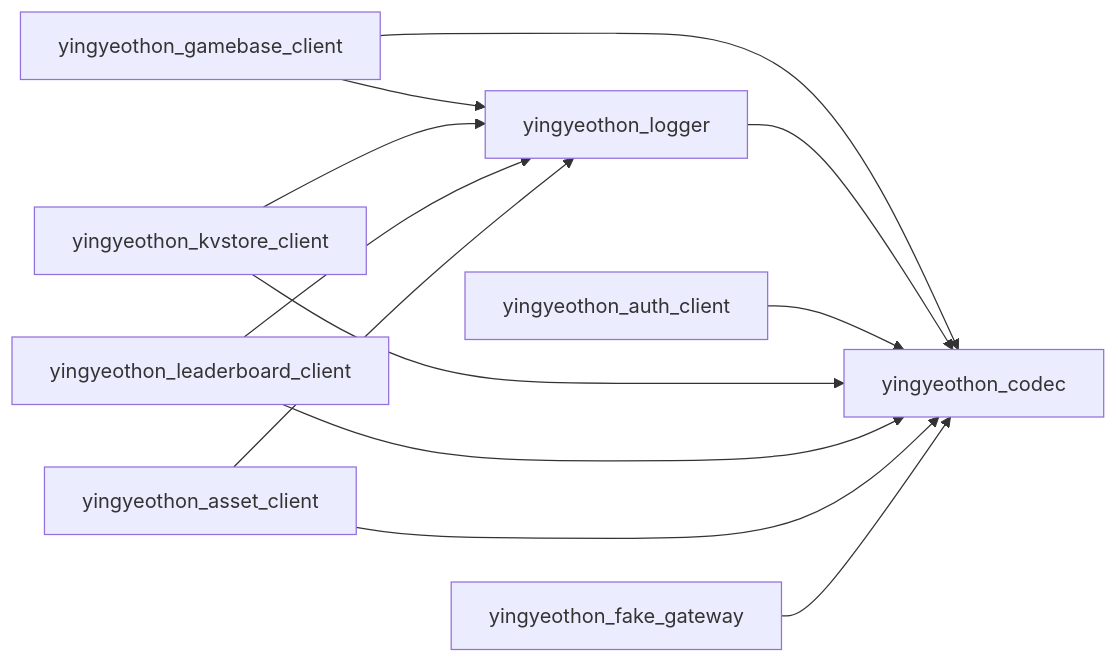
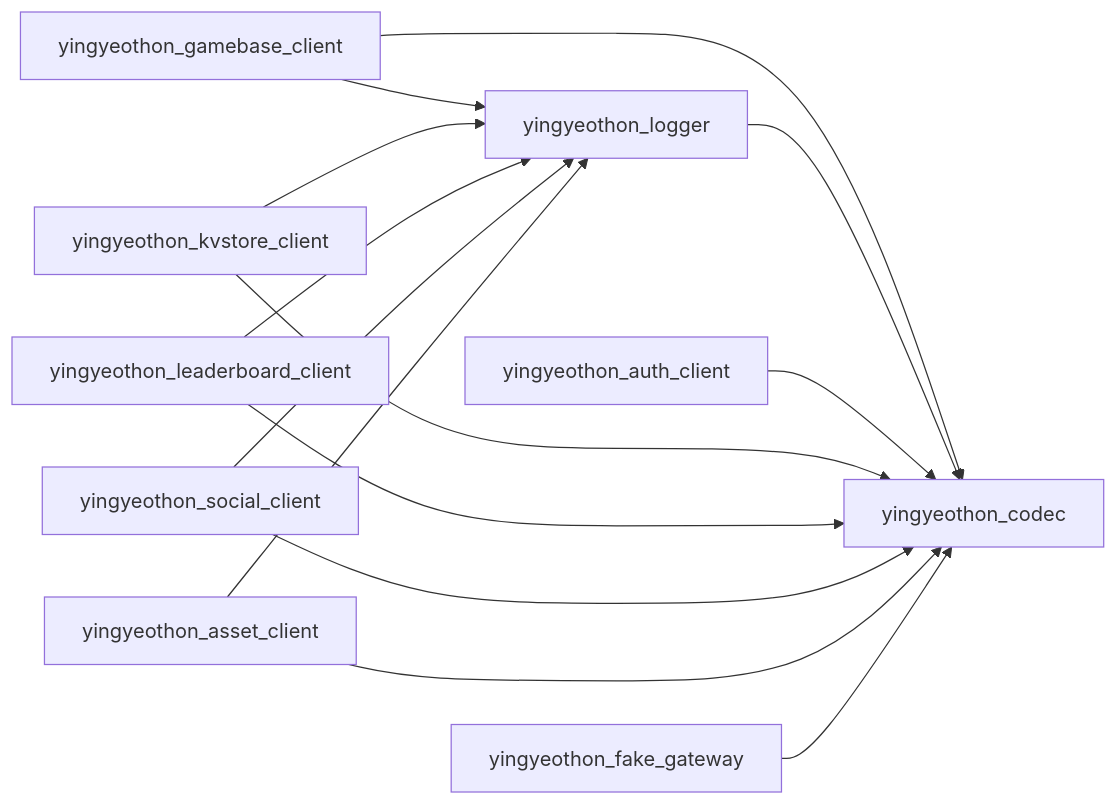
The diagram in README.md (yingyeothon/flutterlib), drawn with Mermaid before and after one commit. The commit also changed other lines of this file and 39 other files, not shown here.

````diff
--- a/README.md
+++ b/README.md
@@ -64,14 +66,16 @@
 ```mermaid
 graph LR
   yingyeothon_gamebase_client --> yingyeothon_codec
   yingyeothon_gamebase_client --> yingyeothon_logger
   yingyeothon_logger --> yingyeothon_codec
   yingyeothon_auth_client --> yingyeothon_codec
   yingyeothon_kvstore_client --> yingyeothon_codec
   yingyeothon_kvstore_client --> yingyeothon_logger
   yingyeothon_leaderboard_client --> yingyeothon_codec
   yingyeothon_leaderboard_client --> yingyeothon_logger
+  yingyeothon_social_client --> yingyeothon_codec
+  yingyeothon_social_client --> yingyeothon_logger
   yingyeothon_asset_client --> yingyeothon_codec
   yingyeothon_asset_client --> yingyeothon_logger
   yingyeothon_fake_gateway --> yingyeothon_codec
 ```
````
